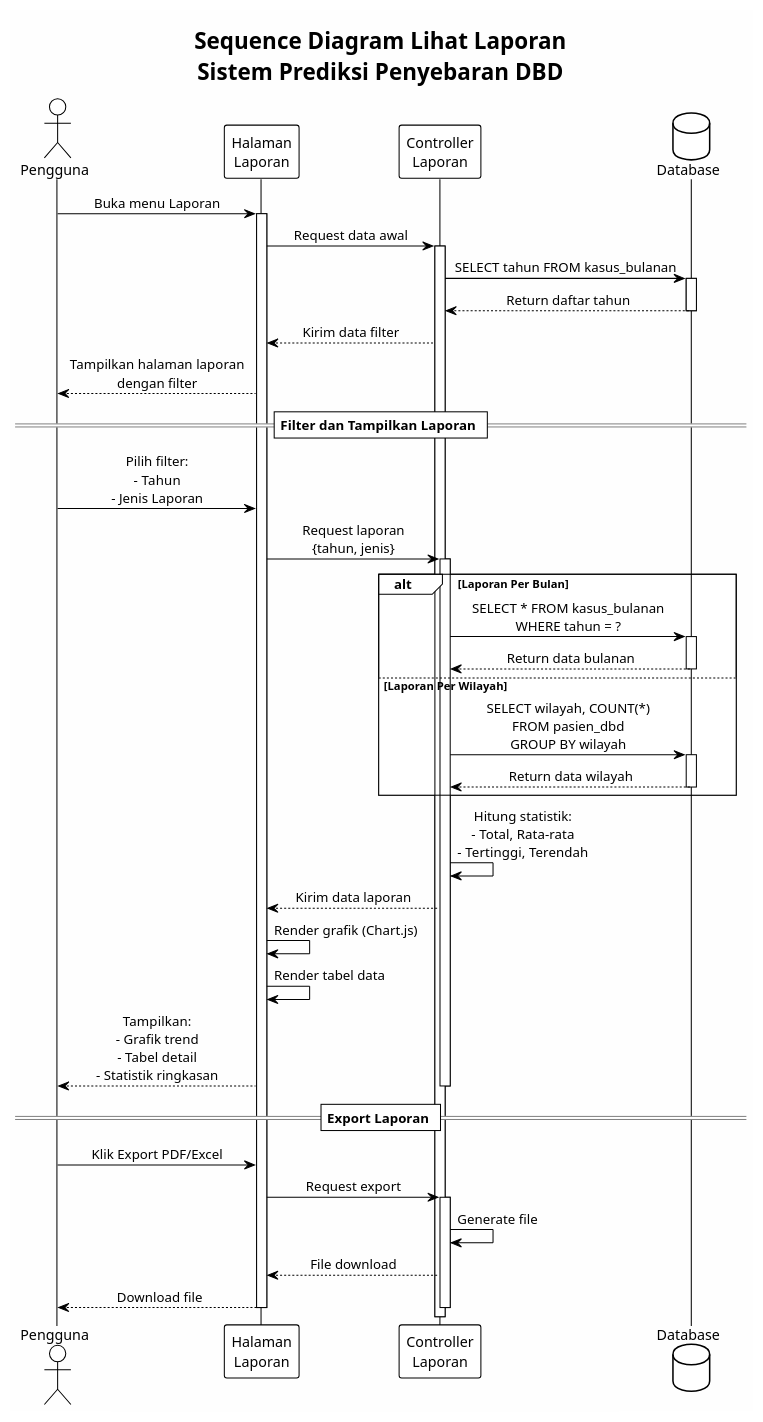
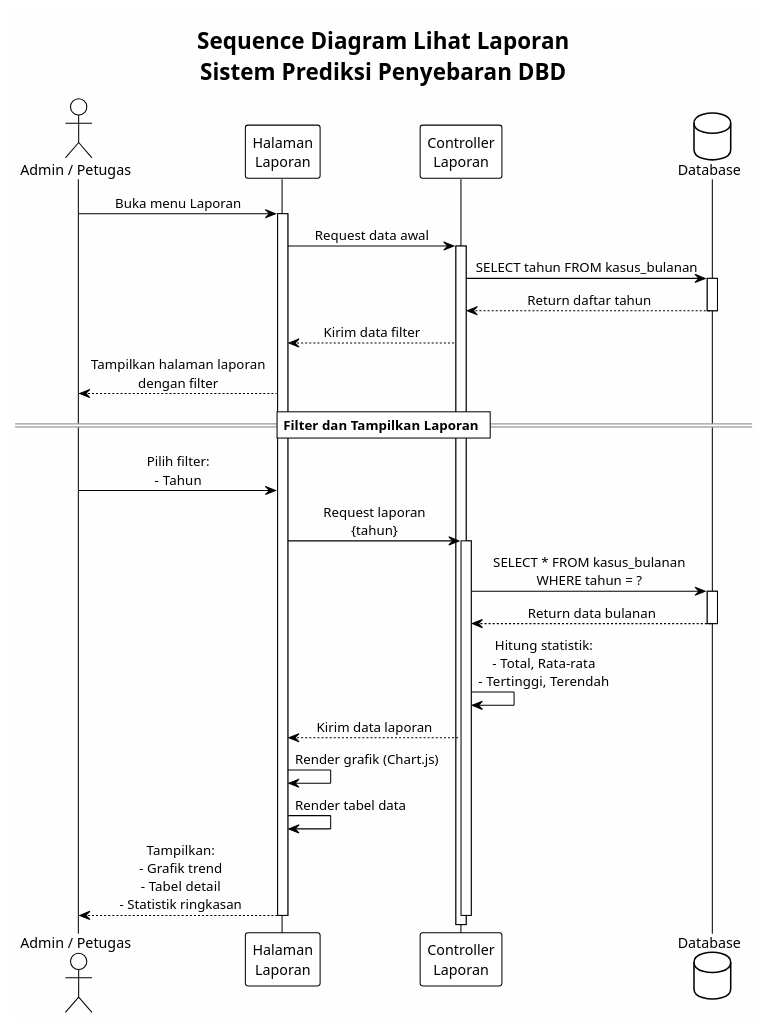
Before and after one commit to Suwardi87/prediksi-DBD: the diagram in Dokumen/UML/sequence_diagram_laporan.puml, drawn with PlantUML. The commit also changed 43 other files, not shown here.

```diff
--- a/Dokumen/UML/sequence_diagram_laporan.puml
+++ b/Dokumen/UML/sequence_diagram_laporan.puml
@@ -1,70 +1,52 @@
 @startuml sequence_diagram_laporan
 !theme plain
 skinparam backgroundColor #FEFEFE
 skinparam sequenceMessageAlign center
 
 title Sequence Diagram Lihat Laporan\nSistem Prediksi Penyebaran DBD
 
-actor "Pengguna" as User
+actor "Admin / Petugas" as User
 participant "Halaman\nLaporan" as Page
 participant "Controller\nLaporan" as Controller
 database "Database" as DB
 
 User -> Page : Buka menu Laporan
 activate Page
 
 Page -> Controller : Request data awal
 activate Controller
 
 Controller -> DB : SELECT tahun FROM kasus_bulanan
 activate DB
 DB --> Controller : Return daftar tahun
 deactivate DB
 
 Controller --> Page : Kirim data filter
 Page --> User : Tampilkan halaman laporan\ndengan filter
 
 == Filter dan Tampilkan Laporan ==
 
-User -> Page : Pilih filter:\n- Tahun\n- Jenis Laporan
+User -> Page : Pilih filter:\n- Tahun
 
-Page -> Controller : Request laporan\n{tahun, jenis}
+Page -> Controller : Request laporan\n{tahun}
 activate Controller
 
-alt Laporan Per Bulan
-    Controller -> DB : SELECT * FROM kasus_bulanan\nWHERE tahun = ?
-    activate DB
-    DB --> Controller : Return data bulanan
-    deactivate DB
-    
-else Laporan Per Wilayah
-    Controller -> DB : SELECT wilayah, COUNT(*)\nFROM pasien_dbd\nGROUP BY wilayah
-    activate DB
-    DB --> Controller : Return data wilayah
-    deactivate DB
-end
+Controller -> DB : SELECT * FROM kasus_bulanan\nWHERE tahun = ?
+activate DB
+DB --> Controller : Return data bulanan
+deactivate DB
 
 Controller -> Controller : Hitung statistik:\n- Total, Rata-rata\n- Tertinggi, Terendah
 
 Controller --> Page : Kirim data laporan
 
 Page -> Page : Render grafik (Chart.js)
 Page -> Page : Render tabel data
 
 Page --> User : Tampilkan:\n- Grafik trend\n- Tabel detail\n- Statistik ringkasan
 
 deactivate Controller
 
-== Export Laporan ==
-
-User -> Page : Klik Export PDF/Excel
-Page -> Controller : Request export
-activate Controller
-Controller -> Controller : Generate file
-Controller --> Page : File download
-Page --> User : Download file
-deactivate Controller
-
 deactivate Page
 
 @enduml
```
